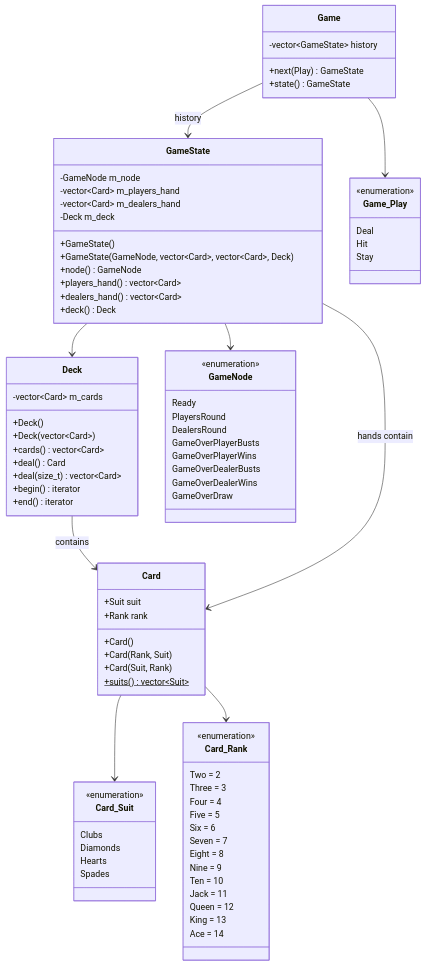
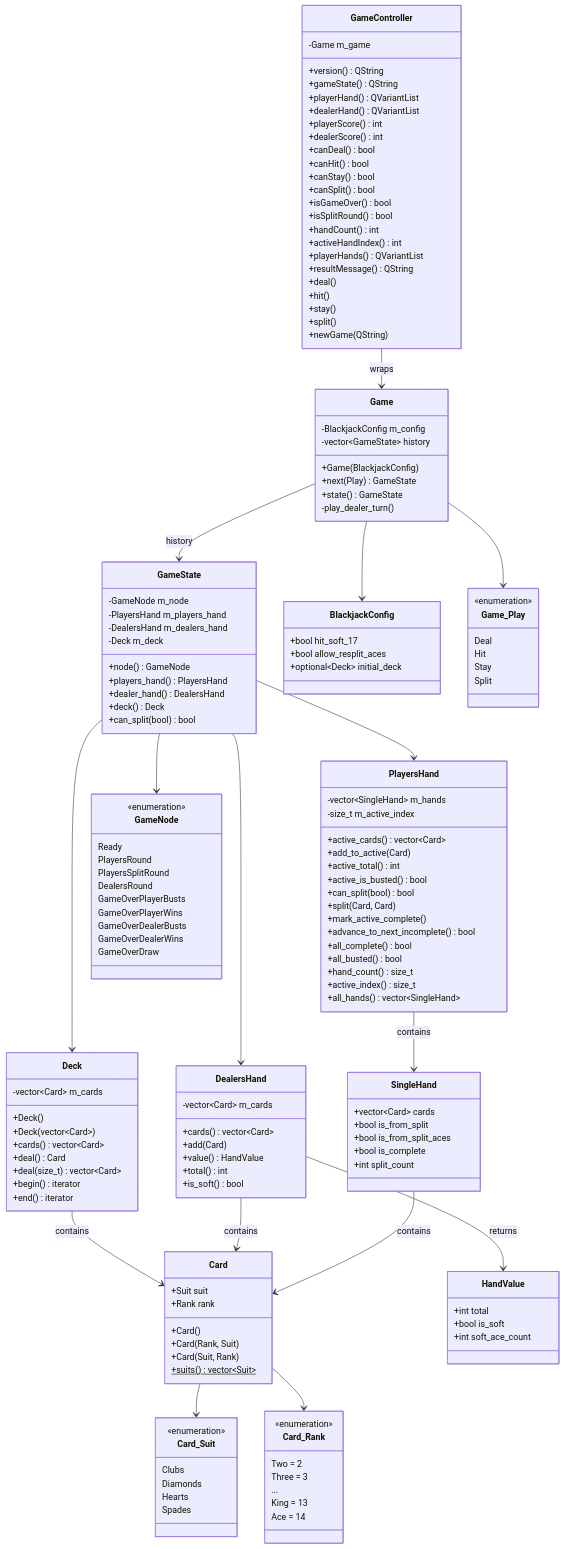
The diagram in docs/design/architecture.md (j-brent/vingt-et-un), drawn with Mermaid before and after one commit. The commit also changed other lines of this file and 19 other files, not shown here.

First line of the commit message:
feat: Implement soft ace, dealer auto-play, and split functionality (#17)

````diff
--- a/docs/design/architecture.md
+++ b/docs/design/architecture.md
@@ -53,7 +72,7 @@
         +Card(Suit, Rank)
         +suits()$ vector~Suit~
     }
-    
+
     class Card_Suit {
         <<enumeration>>
         Clubs
@@ -61,24 +80,16 @@
         Hearts
         Spades
     }
-    
+
     class Card_Rank {
         <<enumeration>>
         Two = 2
         Three = 3
-        Four = 4
-        Five = 5
-        Six = 6
-        Seven = 7
-        Eight = 8
-        Nine = 9
-        Ten = 10
-        Jack = 11
-        Queen = 12
+        ...
         King = 13
         Ace = 14
     }
-    
+
     class Deck {
         -vector~Card~ m_cards
         +Deck()
@@ -89,37 +100,88 @@
         +begin() iterator
         +end() iterator
     }
-    
+
+    class HandValue {
+        +int total
+        +bool is_soft
+        +int soft_ace_count
+    }
+
+    class DealersHand {
+        -vector~Card~ m_cards
+        +cards() vector~Card~
+        +add(Card)
+        +value() HandValue
+        +total() int
+        +is_soft() bool
+    }
+
+    class PlayersHand {
+        -vector~SingleHand~ m_hands
+        -size_t m_active_index
+        +active_cards() vector~Card~
+        +add_to_active(Card)
+        +active_total() int
+        +active_is_busted() bool
+        +can_split(bool) bool
+        +split(Card, Card)
+        +mark_active_complete()
+        +advance_to_next_incomplete() bool
+        +all_complete() bool
+        +all_busted() bool
+        +hand_count() size_t
+        +active_index() size_t
+        +all_hands() vector~SingleHand~
+    }
+
+    class SingleHand {
+        +vector~Card~ cards
+        +bool is_from_split
+        +bool is_from_split_aces
+        +bool is_complete
+        +int split_count
+    }
+
     class GameState {
         -GameNode m_node
-        -vector~Card~ m_players_hand
-        -vector~Card~ m_dealers_hand
+        -PlayersHand m_players_hand
+        -DealersHand m_dealers_hand
         -Deck m_deck
-        +GameState()
-        +GameState(GameNode, vector~Card~, vector~Card~, Deck)
         +node() GameNode
-        +players_hand() vector~Card~
-        +dealers_hand() vector~Card~
+        +players_hand() PlayersHand
+        +dealer_hand() DealersHand
         +deck() Deck
+        +can_split(bool) bool
     }
-    
+
+    class BlackjackConfig {
+        +bool hit_soft_17
+        +bool allow_resplit_aces
+        +optional~Deck~ initial_deck
+    }
+
     class Game {
+        -BlackjackConfig m_config
         -vector~GameState~ history
+        +Game(BlackjackConfig)
         +next(Play) GameState
         +state() GameState
+        -play_dealer_turn()
     }
-    
+
     class Game_Play {
         <<enumeration>>
         Deal
         Hit
         Stay
+        Split
     }
-    
+
     class GameNode {
         <<enumeration>>
         Ready
         PlayersRound
+        PlayersSplitRound
         DealersRound
         GameOverPlayerBusts
         GameOverPlayerWins
@@ -127,13 +189,45 @@
         GameOverDealerWins
         GameOverDraw
     }
-    
+
+    class GameController {
+        -Game m_game
+        +version() QString
+        +gameState() QString
+        +playerHand() QVariantList
+        +dealerHand() QVariantList
+        +playerScore() int
+        +dealerScore() int
+        +canDeal() bool
+        +canHit() bool
+        +canStay() bool
+        +canSplit() bool
+        +isGameOver() bool
+        +isSplitRound() bool
+        +handCount() int
+        +activeHandIndex() int
+        +playerHands() QVariantList
+        +resultMessage() QString
+        +deal()
+        +hit()
+        +stay()
+        +split()
+        +newGame(QString)
+    }
+
     Card --> Card_Suit
     Card --> Card_Rank
     Deck --> Card : contains
+    DealersHand --> Card : contains
+    DealersHand --> HandValue : returns
+    PlayersHand --> SingleHand : contains
+    SingleHand --> Card : contains
     GameState --> GameNode
+    GameState --> PlayersHand
+    GameState --> DealersHand
     GameState --> Deck
-    GameState --> Card : hands contain
     Game --> GameState : history
     Game --> Game_Play
+    Game --> BlackjackConfig
+    GameController --> Game : wraps
 ```
````
